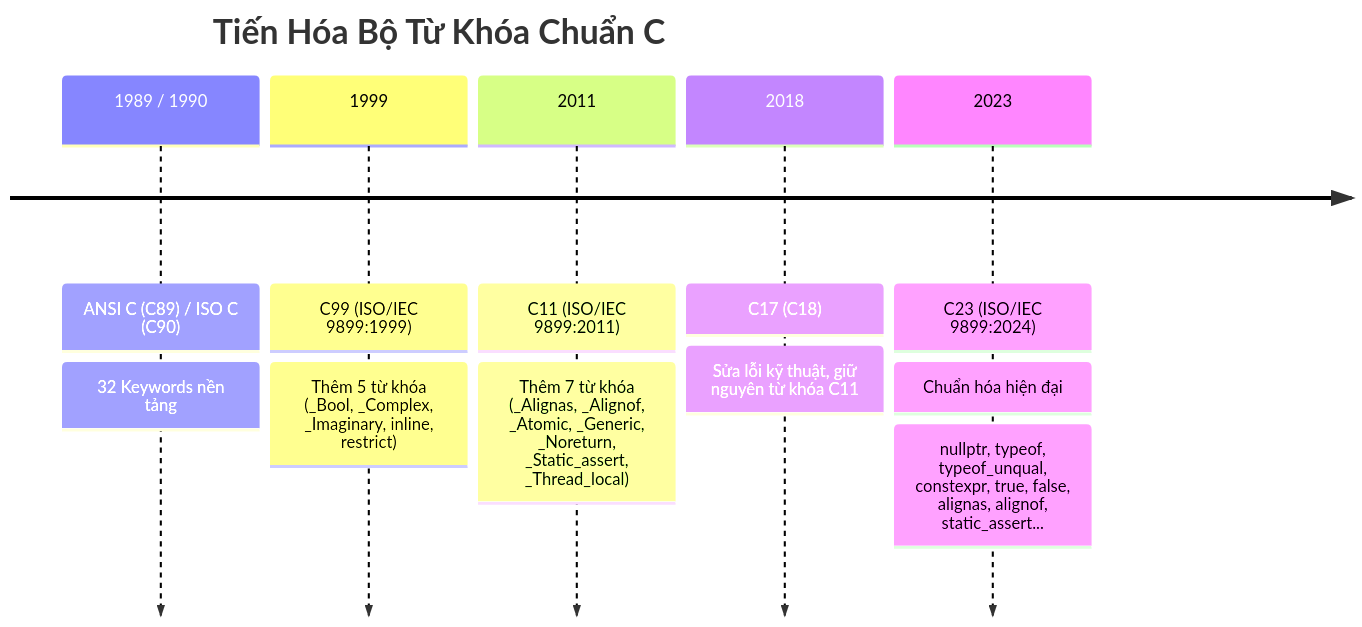
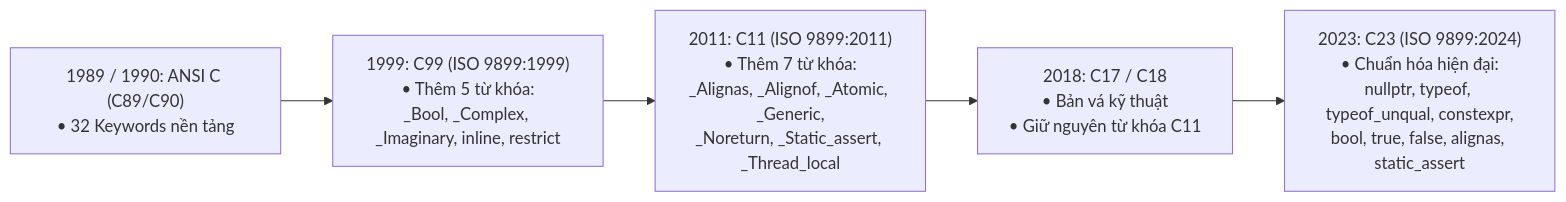
The first of 2 diagrams in C_Cpp_Mastery_Handbook/01_Keywords_Evolution_C89_to_C23.md (thinh1210/Obsidian), drawn with Mermaid before and after one commit. The commit also changed other lines of this file and 45 other files, not shown here.

````diff
--- a/C_Cpp_Mastery_Handbook/01_Keywords_Evolution_C89_to_C23.md
+++ b/C_Cpp_Mastery_Handbook/01_Keywords_Evolution_C89_to_C23.md
@@ -11,14 +11,7 @@
 ```mermaid
-timeline
-    title Tiến Hóa Bộ Từ Khóa Chuẩn C
-    1989 / 1990 : ANSI C (C89) / ISO C (C90)
-                : 32 Keywords nền tảng
-    1999 : C99 (ISO/IEC 9899:1999)
-         : Thêm 5 từ khóa (_Bool, _Complex, _Imaginary, inline, restrict)
-    2011 : C11 (ISO/IEC 9899:2011)
-         : Thêm 7 từ khóa (_Alignas, _Alignof, _Atomic, _Generic, _Noreturn, _Static_assert, _Thread_local)
-    2018 : C17 (C18)
-         : Sửa lỗi kỹ thuật, giữ nguyên từ khóa C11
-    2023 : C23 (ISO/IEC 9899:2024)
-         : Chuẩn hóa hiện đại: nullptr, typeof, typeof_unqual, constexpr, true, false, alignas, alignof, static_assert...
+flowchart LR
+    C89["1989 / 1990: ANSI C (C89/C90)<br/>• 32 Keywords nền tảng"] --> C99["1999: C99 (ISO 9899:1999)<br/>• Thêm 5 từ khóa:<br/>_Bool, _Complex, _Imaginary, inline, restrict"]
+    C99 --> C11["2011: C11 (ISO 9899:2011)<br/>• Thêm 7 từ khóa:<br/>_Alignas, _Alignof, _Atomic, _Generic,<br/>_Noreturn, _Static_assert, _Thread_local"]
+    C11 --> C17["2018: C17 / C18<br/>• Bản vá kỹ thuật<br/>• Giữ nguyên từ khóa C11"]
+    C17 --> C23["2023: C23 (ISO 9899:2024)<br/>• Chuẩn hóa hiện đại:<br/>nullptr, typeof, typeof_unqual, constexpr,<br/>bool, true, false, alignas, static_assert"]
 ```
````
